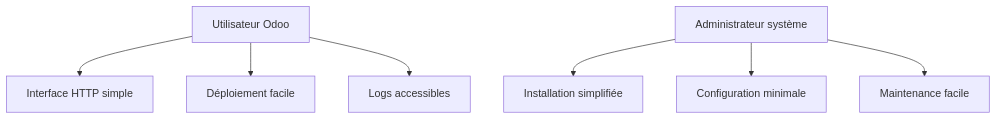
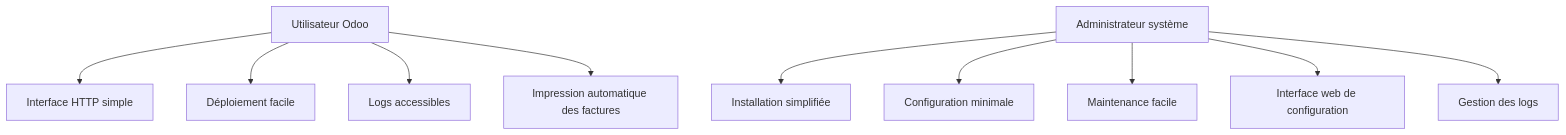
The first of 4 diagrams in SPECS.md (SICALAIT/odoo_pos_cashdrawer_webservice), drawn with Mermaid before and after one commit. The commit also changed other lines of this file and 1 other file, not shown here.

Commit message:
Mise à jour de la documentation : ajout de l'emplacement du fichier de configuration, des options d'impression automatique des factures PDF, et d'une interface de configuration web sécurisée.

````diff
--- a/SPECS.md
+++ b/SPECS.md
@@ -28,10 +30,13 @@
 ```mermaid
 graph TD
     A[Utilisateur Odoo] --> B[Interface HTTP simple]
     A --> C[Déploiement facile]
     A --> D[Logs accessibles]
+    A --> K[Impression automatique des factures]
     
     E[Administrateur système] --> F[Installation simplifiée]
     E --> G[Configuration minimale]
     E --> H[Maintenance facile]
+    E --> I[Interface web de configuration]
+    E --> J[Gestion des logs]
 ```
````
